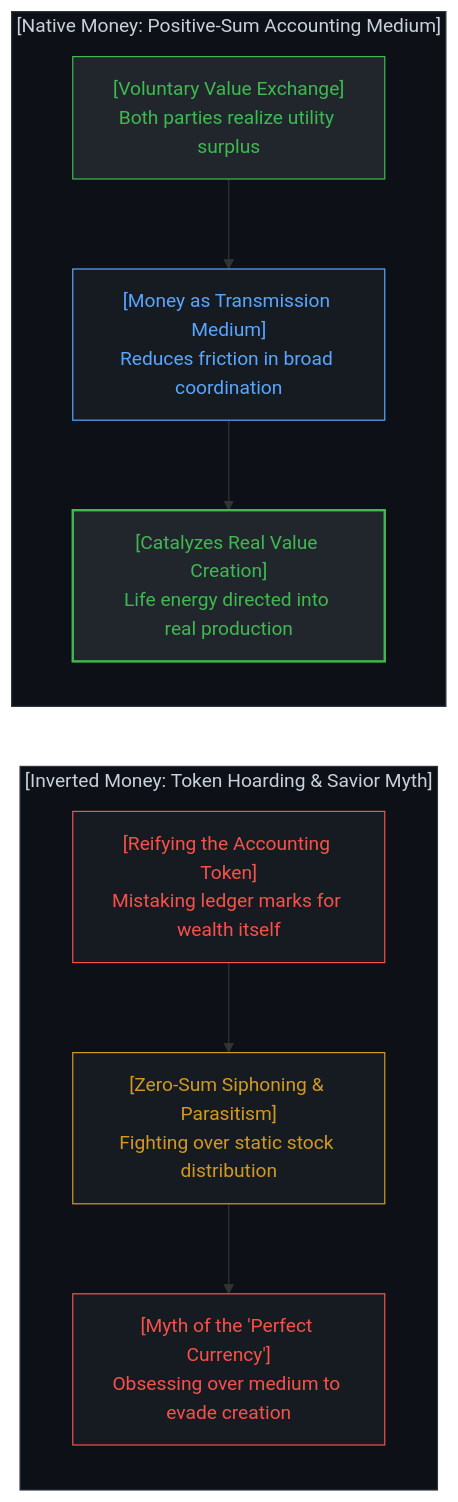
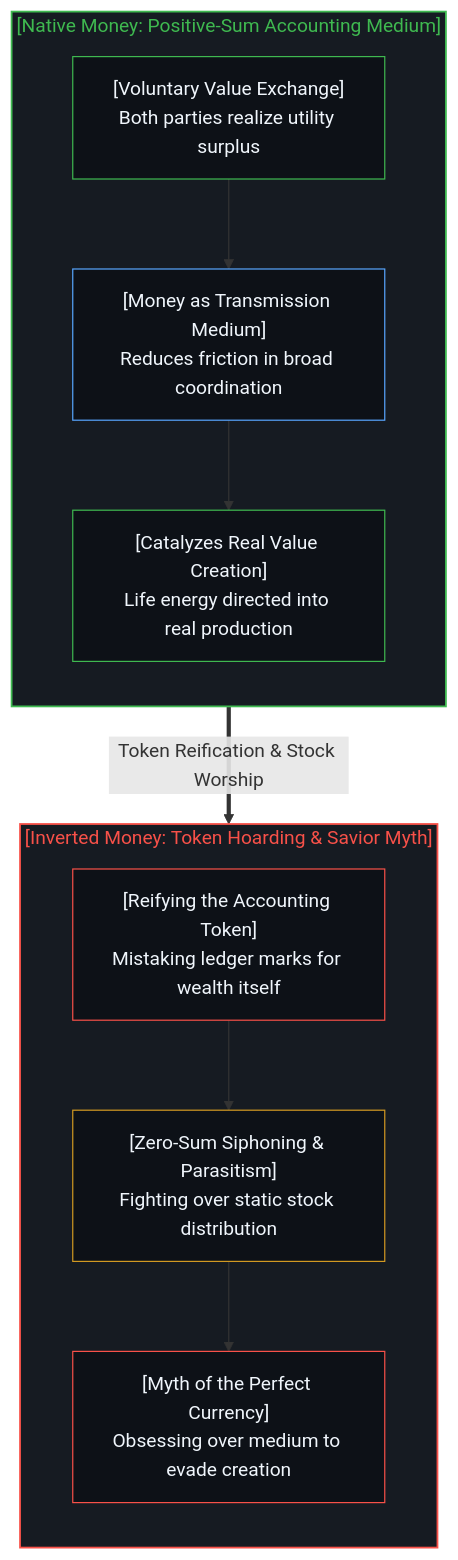
One commit to powerpig99/not-a-toe changed the tenth of 16 diagrams in content/posts/the-dissolution-of-the-great-reversal.md. Above: the diagram before and after it, drawn with Mermaid. The commit also changed other lines of this file and 11 other files, not shown here.

````diff
--- a/content/posts/the-dissolution-of-the-great-reversal.md
+++ b/content/posts/the-dissolution-of-the-great-reversal.md
@@ -440,31 +383,31 @@
 ```mermaid
-graph TD
-    subgraph NativeTrade["[Native Money: Positive-Sum Accounting Medium]"]
+flowchart TD
+    subgraph S_NativeTrade["[Native Money: Positive-Sum Accounting Medium]"]
         direction TB
-        SubjectiveTrade["[Voluntary Value Exchange]<br>Both parties realize utility surplus"]
-        AccountingMedium["[Money as Transmission Medium]<br>Reduces friction in broad coordination"]
-        RealWealthExpansion["[Catalyzes Real Value Creation]<br>Life energy directed into real production"]
+        SubjectiveTrade["[Voluntary Value Exchange]<br/>Both parties realize utility surplus"]
+        AccountingMedium["[Money as Transmission Medium]<br/>Reduces friction in broad coordination"]
+        RealWealthExpansion["[Catalyzes Real Value Creation]<br/>Life energy directed into real production"]
         SubjectiveTrade --> AccountingMedium
         AccountingMedium --> RealWealthExpansion
     end
 
-    subgraph InvertedMoney["[Inverted Money: Token Hoarding & Savior Myth]"]
+    S_NativeTrade ==>|"Token Reification & Stock Worship"| S_InvertedMoney
+
+    subgraph S_InvertedMoney["[Inverted Money: Token Hoarding & Savior Myth]"]
         direction TB
-        TokenHoarding["[Reifying the Accounting Token]<br>Mistaking ledger marks for wealth itself"]
-        ZeroSumSiphon["[Zero-Sum Siphoning & Parasitism]<br>Fighting over static stock distribution"]
-        PerfectTokenMyth["[Myth of the 'Perfect Currency']<br>Obsessing over medium to evade creation"]
+        TokenHoarding["[Reifying the Accounting Token]<br/>Mistaking ledger marks for wealth itself"]
+        ZeroSumSiphon["[Zero-Sum Siphoning & Parasitism]<br/>Fighting over static stock distribution"]
+        PerfectTokenMyth["[Myth of the Perfect Currency]<br/>Obsessing over medium to evade creation"]
         TokenHoarding --> ZeroSumSiphon
         ZeroSumSiphon --> PerfectTokenMyth
     end
 
-    RealWealthExpansion ~~~ TokenHoarding
-
-    style NativeTrade fill:#0d1117,stroke:#30363d,stroke-width:1px,color:#c9d1d9
-    style SubjectiveTrade fill:#21262d,stroke:#3fb950,stroke-width:1px,color:#3fb950
-    style AccountingMedium fill:#161b22,stroke:#58a6ff,stroke-width:1px,color:#58a6ff
-    style RealWealthExpansion fill:#21262d,stroke:#3fb950,stroke-width:2px,color:#3fb950
-    style InvertedMoney fill:#0d1117,stroke:#30363d,stroke-width:1px,color:#c9d1d9
-    style TokenHoarding fill:#161b22,stroke:#f85149,stroke-width:1px,color:#f85149
-    style ZeroSumSiphon fill:#161b22,stroke:#d29922,stroke-width:1px,color:#d29922
-    style PerfectTokenMyth fill:#161b22,stroke:#f85149,stroke-width:1px,color:#f85149
+    style S_NativeTrade fill:#161b22,stroke:#3fb950,stroke-width:1.5px,color:#3fb950
+    style S_InvertedMoney fill:#161b22,stroke:#f85149,stroke-width:1.5px,color:#f85149
+    style SubjectiveTrade fill:#0d1117,stroke:#3fb950,stroke-width:1px,color:#f0f6fc
+    style AccountingMedium fill:#0d1117,stroke:#58a6ff,stroke-width:1px,color:#f0f6fc
+    style RealWealthExpansion fill:#0d1117,stroke:#3fb950,stroke-width:1px,color:#f0f6fc
+    style TokenHoarding fill:#0d1117,stroke:#f85149,stroke-width:1px,color:#f0f6fc
+    style ZeroSumSiphon fill:#0d1117,stroke:#d29922,stroke-width:1px,color:#f0f6fc
+    style PerfectTokenMyth fill:#0d1117,stroke:#f85149,stroke-width:1px,color:#f0f6fc
 ```
````
